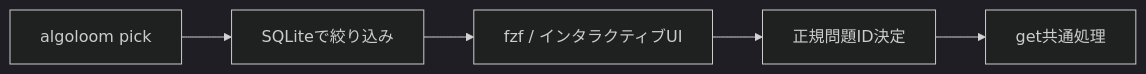
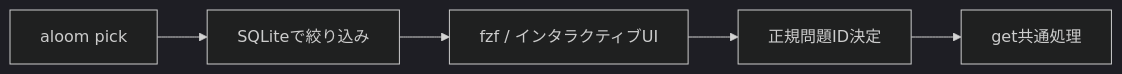
Before and after one commit to mgmaru/algo-loom: the fifth of 9 diagrams in design/problem-selection-and-catalog.md, drawn with Mermaid (dark theme). The commit also changed other lines of this file and 7 other files, not shown here.

````diff
--- a/design/problem-selection-and-catalog.md
+++ b/design/problem-selection-and-catalog.md
@@ -391,7 +391,7 @@
 ```mermaid
 flowchart LR
-    P[algoloom pick] --> Q[SQLiteで絞り込み]
+    P[aloom pick] --> Q[SQLiteで絞り込み]
     Q --> F[fzf / インタラクティブUI]
     F --> I[正規問題ID決定]
     I --> G[get共通処理]
 ```
````
